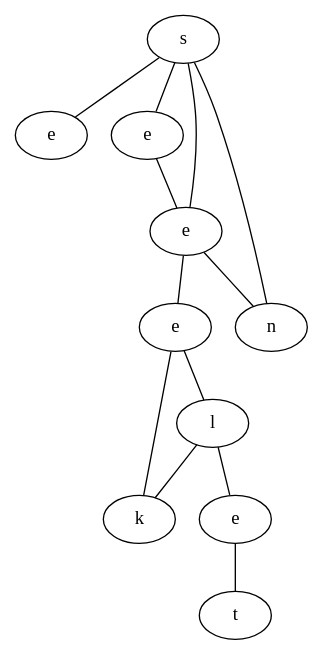
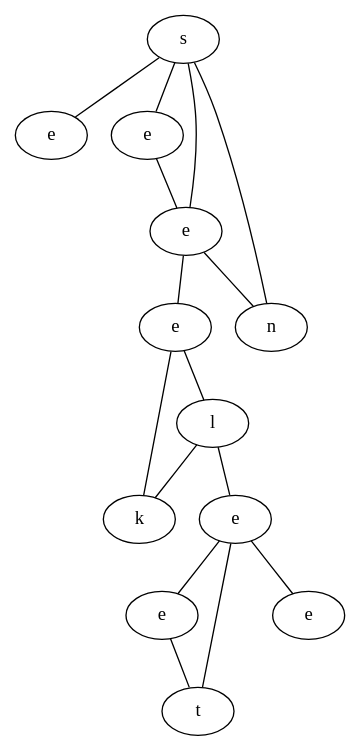
Before and after one commit to schrum2/MM-NEAT: the diagram in data/VGLC/graph.dot, drawn with Graphviz. The commit also changed 1 other file, not shown here.

```diff
--- a/data/VGLC/graph.dot
+++ b/data/VGLC/graph.dot
@@ -1,24 +1,29 @@
 graph {
-eVtn[label="s"]
-pzFF[label="e"]
-dCxt[label="e"]
-xmrO[label="e"]
-zhsh[label="n"]
-bvDv[label="e"]
-nedf[label="l"]
-xLQv[label="k"]
-XtKO[label="e"]
-FpfA[label="t"]
-eVtn -- pzFF
-eVtn -- dCxt
-eVtn -- xmrO
-eVtn -- zhsh
-dCxt -- xmrO
-xmrO -- bvDv
-xmrO -- zhsh
-bvDv -- nedf
-bvDv -- xLQv
-nedf -- xLQv
-nedf -- XtKO
-XtKO -- FpfA
+apUE[label="s"]
+PQPN[label="e"]
+rnqY[label="e"]
+jQmi[label="e"]
+fCaI[label="n"]
+aYkU[label="e"]
+tiEq[label="l"]
+KrgS[label="k"]
+Gelj[label="e"]
+Txre[label="e"]
+NpvN[label="t"]
+soDP[label="e"]
+apUE -- PQPN
+apUE -- rnqY
+apUE -- jQmi
+apUE -- fCaI
+rnqY -- jQmi
+jQmi -- aYkU
+jQmi -- fCaI
+aYkU -- tiEq
+aYkU -- KrgS
+tiEq -- KrgS
+tiEq -- Gelj
+Gelj -- Txre
+Gelj -- NpvN
+Gelj -- soDP
+Txre -- NpvN
 }
```
